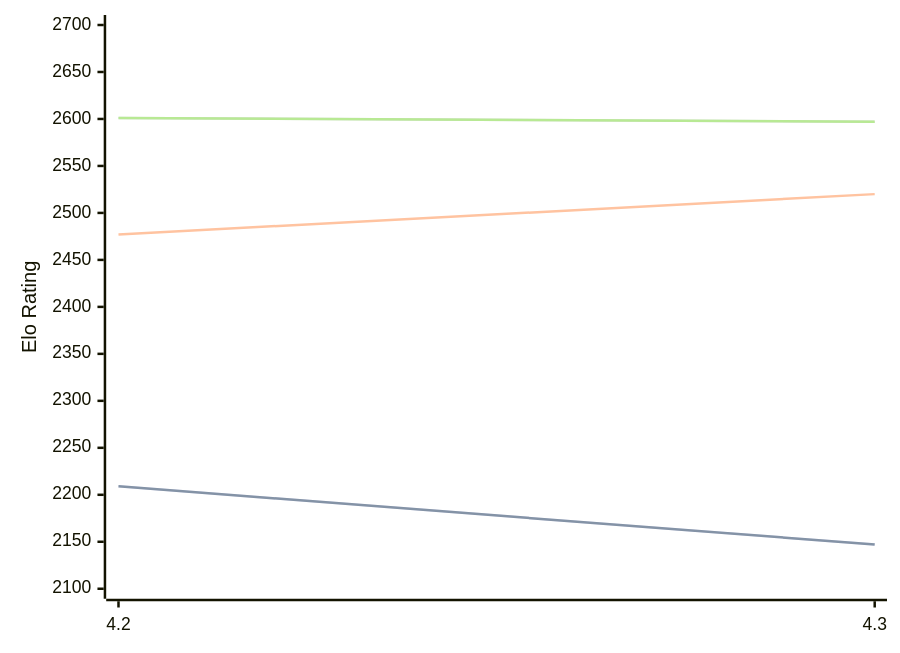
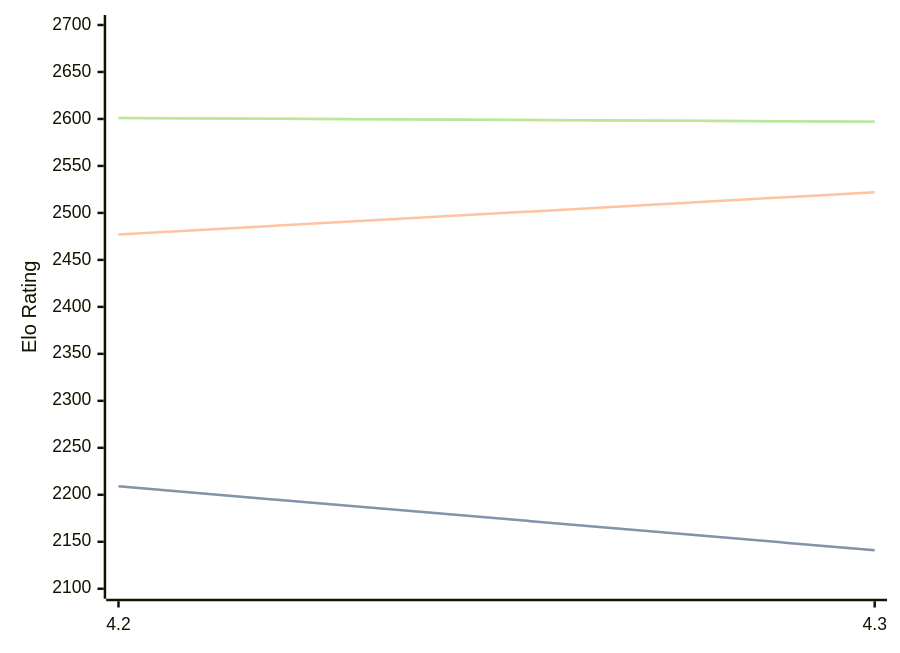
Before and after one commit to computer-chess-index/cci: the diagram in engines/Eubos.md, drawn with Mermaid. The commit also changed other lines of this file, not shown here.

Commit message:
Update CCI Ratings (ELO VLTC) - 2026-02-27

````diff
--- a/engines/Eubos.md
+++ b/engines/Eubos.md
@@ -86,11 +86,11 @@
 ```mermaid
 %%{init: {"theme":"base","themeVariables":{"seriesColors:['#a3a3a3','#222221','#faa371']}}}%%
 xychart-beta
   x-axis ["4.2", "4.3"]
   y-axis "Elo Rating" 2100 --> 2700
-  line "STC (8.0+0.08s)" [2209, 2147]
-  line "STC (8.0+0.08s)" [2209, 2147]
-  line "LTC (60.0+0.60s)" [2477, 2520]
+  line "STC (8.0+0.08s)" [2209, 2141]
+  line "STC (8.0+0.08s)" [2209, 2141]
+  line "LTC (60.0+0.60s)" [2477, 2522]
   line "VLTC (2m24s+1.12s)" [2601, 2597]
   line "VLTC (2m24s+1.12s)" [2601, 2597]
 ```
````
